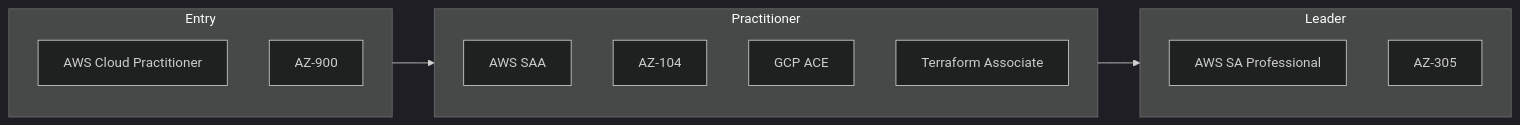
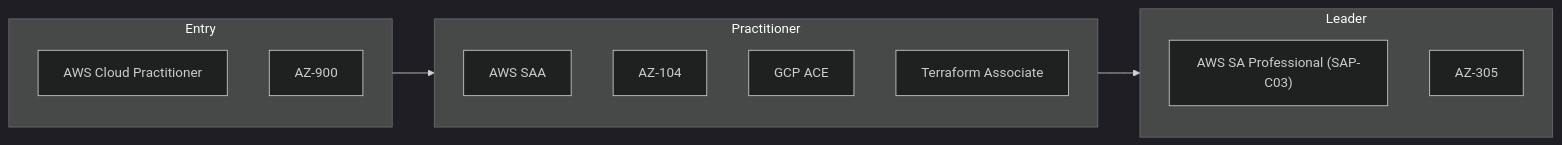
The diagram in cloud.md (bimal-mobile-dev/certification-roadmaps), drawn with Mermaid (dark theme) before and after one commit. The commit also changed other lines of this file and 1 other file, not shown here.

````diff
--- a/cloud.md
+++ b/cloud.md
@@ -5,19 +5,19 @@
 ```mermaid
 flowchart LR
   subgraph L0["Entry"]
     clo00["AWS Cloud Practitioner"]
     clo01["AZ-900"]
   end
   subgraph L1["Practitioner"]
     clo10["AWS SAA"]
     clo11["AZ-104"]
     clo12["GCP ACE"]
     clo13["Terraform Associate"]
   end
   subgraph L2["Leader"]
-    clo20["AWS SA Professional"]
+    clo20["AWS SA Professional (SAP-C03)"]
     clo21["AZ-305"]
   end
   L0 --> L1
   L1 --> L2
 ```
````
